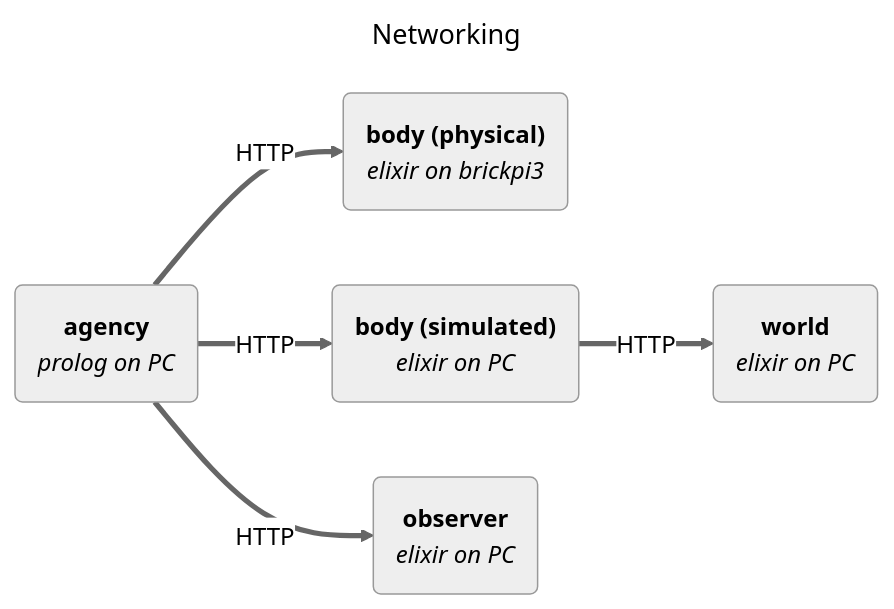
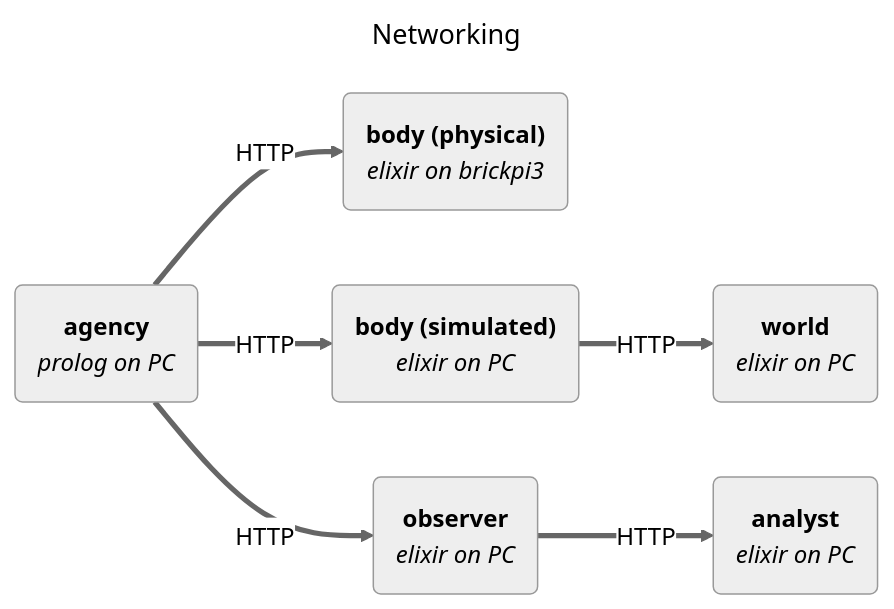
Before and after one commit to jfcloutier/karma_system: the first of 4 diagrams in system.md, drawn with Mermaid (neutral theme). The commit also changed other lines of this file and 2 other files, not shown here.

````diff
--- a/system.md
+++ b/system.md
@@ -46,15 +51,17 @@
 ```mermaid
 ---
 title: Networking
 ---
 
 graph LR;
 agency("`**agency**
 *prolog on PC*`")==>|HTTP|body_on_brickpi3("`**body (physical)**
-*elixir on brickpi3*`") & body_on_PC & observer("`**observer**
-*elixir on PC*`") 
+*elixir on brickpi3*`") & body_on_PC & observer
 body_on_PC("`**body (simulated)**
 *elixir on PC*`")==>|HTTP|world("`**world**
 *elixir on PC*`")
+observer("`**observer**
+*elixir on PC*`")==>|HTTP|analyst("`**analyst**
+*elixir on PC*`")
 
 ```
````
